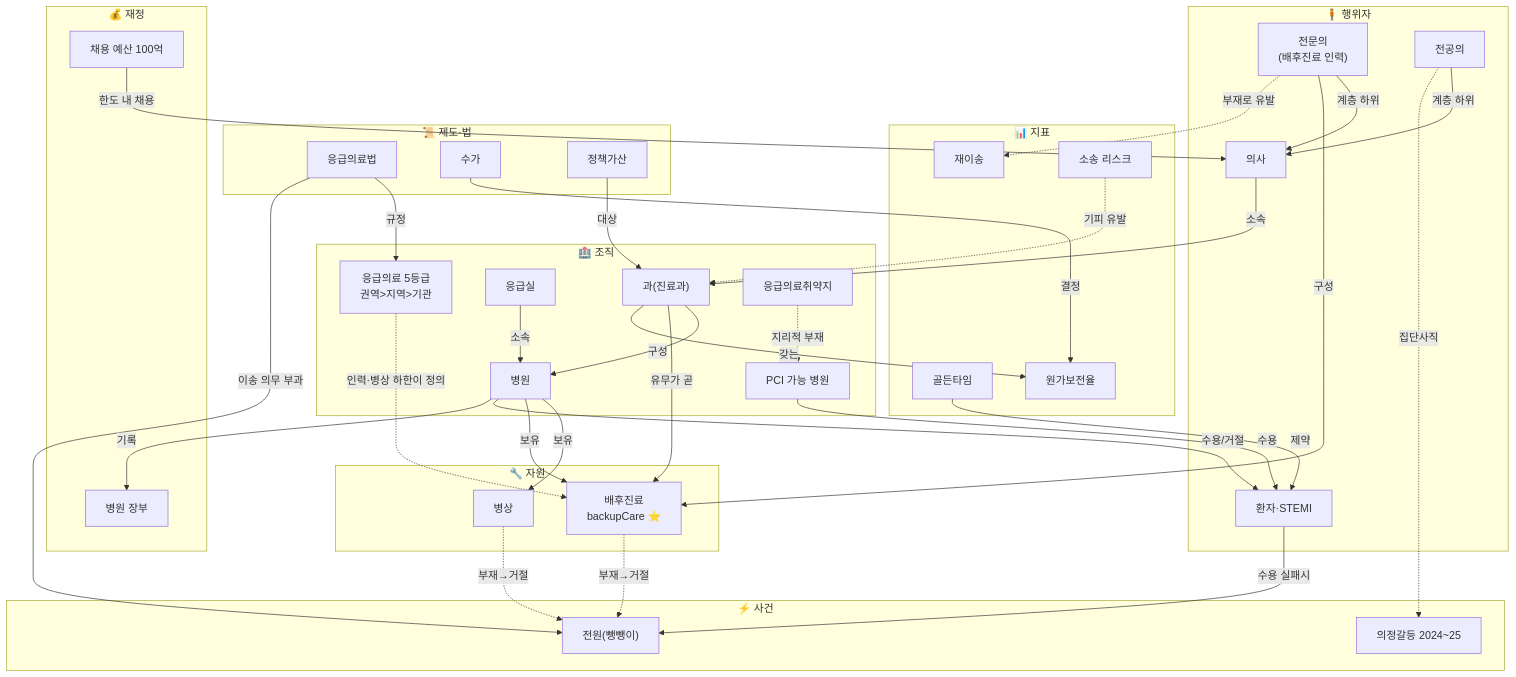
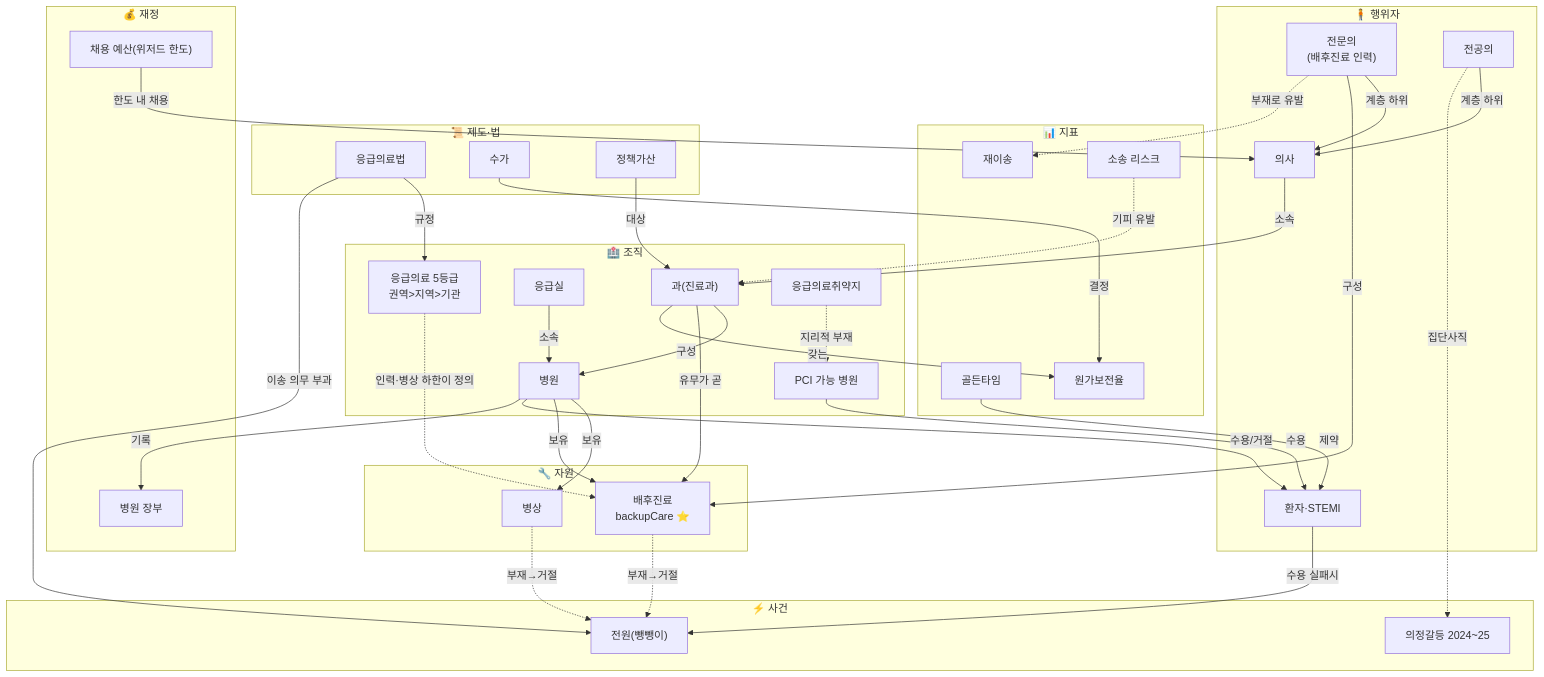
Before and after one commit to Goospel/hospital-sim: the first of 3 diagrams in docs/concept/domain-entity-graph.md, drawn with Mermaid. The commit also changed other lines of this file and 4 other files, not shown here.

````diff
--- a/docs/concept/domain-entity-graph.md
+++ b/docs/concept/domain-entity-graph.md
@@ -19,72 +19,72 @@
 ```mermaid
 flowchart TD
   subgraph ACTOR["🧍 행위자"]
     DOC["의사"]
     SPEC["전문의<br/>(배후진료 인력)"]
     RES["전공의"]
     PT["환자·STEMI"]
   end
   subgraph ORG["🏥 조직"]
     HOSP["병원"]
     DEPT["과(진료과)"]
     ER["응급실"]
     TIER["응급의료 5등급<br/>권역>지역>기관"]
     PCIH["PCI 가능 병원"]
     RURAL["응급의료취약지"]
   end
   subgraph RESRC["🔧 자원"]
     BED["병상"]
     BACKUP["배후진료<br/>backupCare ⭐"]
   end
   subgraph INDIC["📊 지표"]
     RETRANS["재이송"]
     GOLD["골든타임"]
     COST["원가보전율"]
     LAWRISK["소송 리스크"]
   end
   subgraph RULE["📜 제도·법"]
     EMLAW["응급의료법"]
     FEE["수가"]
     ADDON["정책가산"]
   end
   subgraph EVENT["⚡ 사건"]
     STRIFE["의정갈등 2024~25"]
     LOOP["전원(뺑뺑이)"]
   end
   subgraph FIN["💰 재정"]
-    BUDGET["채용 예산 100억"]
+    BUDGET["채용 예산(위저드 한도)"]
     LEDGER["병원 장부"]
   end
 
   SPEC -->|계층 하위| DOC
   RES -->|계층 하위| DOC
   DOC -->|소속| DEPT
   BUDGET -->|한도 내 채용| DOC
   SPEC -->|구성| BACKUP
   SPEC -.->|부재로 유발| RETRANS
   RES -.->|집단사직| STRIFE
 
   DEPT -->|구성| HOSP
   DEPT -->|유무가 곧| BACKUP
   DEPT -->|갖는| COST
   ER -->|소속| HOSP
   HOSP -->|보유| BED
   HOSP -->|보유| BACKUP
   HOSP -->|수용/거절| PT
   TIER -.->|인력·병상 하한이 정의| BACKUP
   RURAL -.->|지리적 부재| PCIH
   PCIH -->|수용| PT
 
   GOLD -->|제약| PT
   BACKUP -.->|부재→거절| LOOP
   BED -.->|부재→거절| LOOP
   PT -->|수용 실패시| LOOP
 
   EMLAW -->|규정| TIER
   EMLAW -->|이송 의무 부과| LOOP
   FEE -->|결정| COST
   ADDON -->|대상| DEPT
   LAWRISK -.->|기피 유발| DEPT
 
   HOSP -->|기록| LEDGER
 ```
````
